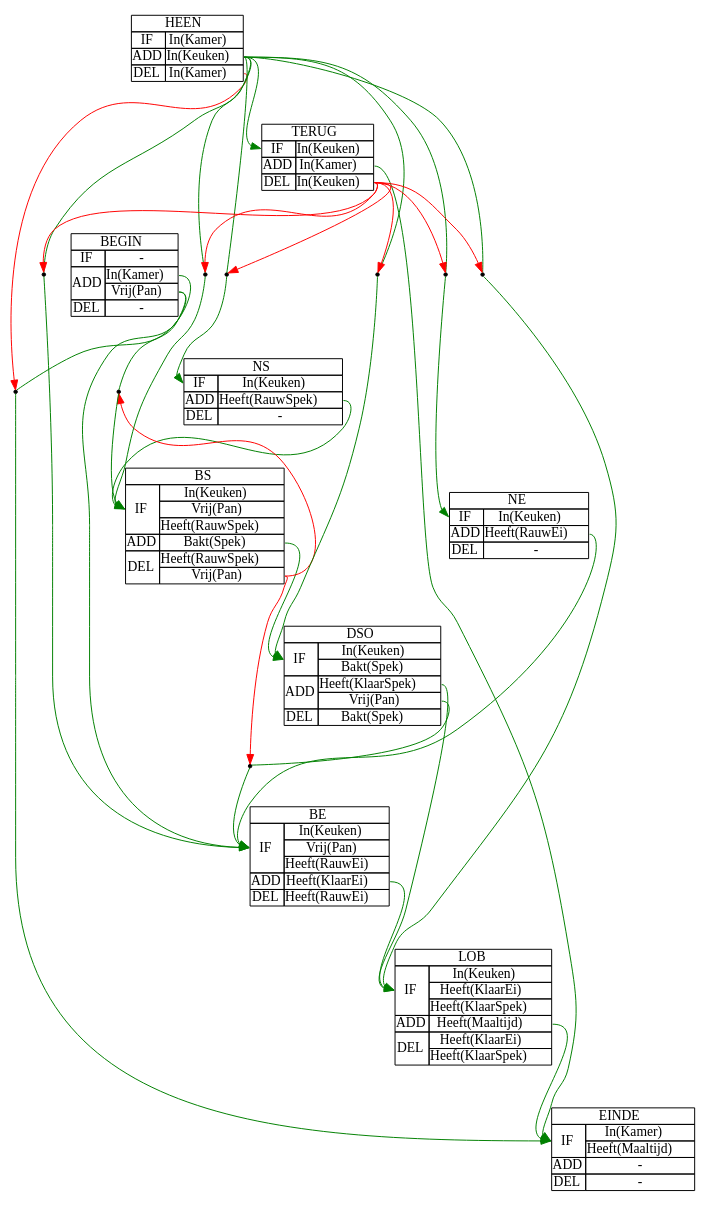
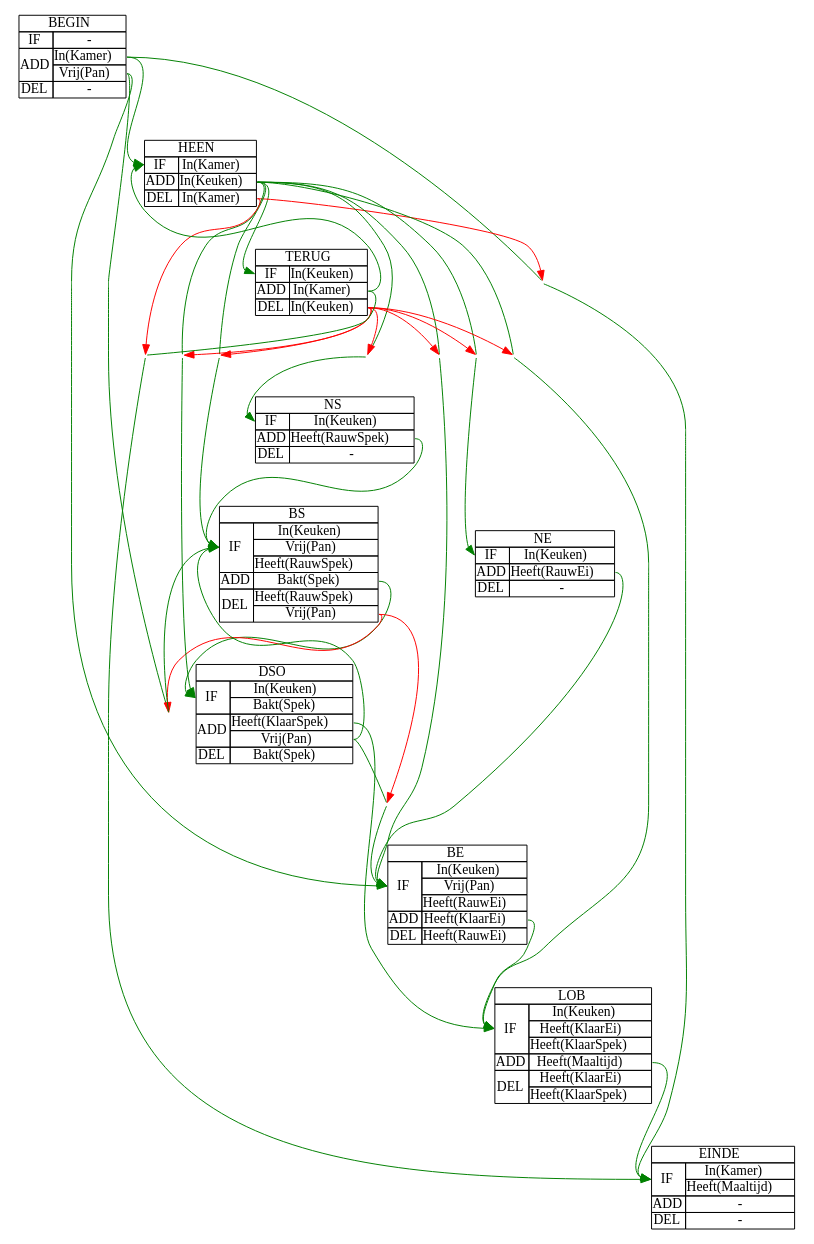
One commit to NorfairKing/ai_alternative-exam changed the diagram in resources/graphs/strips_1.dot. Above: the diagram before and after it, drawn with Graphviz. The commit also changed 4 other files, not shown here.

Commit message:
prettied up the first strips graph

```diff
--- a/resources/graphs/strips_1.dot
+++ b/resources/graphs/strips_1.dot
@@ -238,7 +238,7 @@
 </table>>]; 
 
 
-node [/*style = invis,*/ shape = point];
+node [style = invis, shape = point];
 bet_i_f;    
 bet_i_be;  
 bet_h_ns; 
@@ -247,51 +247,49 @@
 bet_h_be;
 bet_h_dso;
 bet_h_lob;
-bet_dso_bs;
+bet_t_f;
+bet_dso_be;
 
-i:add_1:e   -> bet_i_f      [arrowhead = none, color = green];
-bet_i_f     -> f:if_0:w     [color = green];
+edge [color = green];
+bet_i_f     -> f:if_0:w;     
+i:add_1:e   -> h:if_0:w;
+bet_i_be    -> bs:if_0:w;
+i:add_2:e   -> be:if_0:w;
+bet_h_ns    -> ns:if_0:w;
+bet_h_ne    -> ne:if_0:w;
+bet_h_bs    -> bs:if_0:w;
+bet_h_be    -> be:if_0:w;
+bet_h_dso   -> dso:if_0:w;
+bet_h_lob   -> lob:if_0:w;
+h:add_1:e   -> t:if_0:w;
+bet_t_f     -> f:if_0:w;
+t:add_1:e   -> h:if_0:w;
+ns:add_1:e  -> bs:if_0:w;
+ne:add_1:e  -> be:if_0:w;
+bs:add_1:e  -> dso:if_0:w;
+be:add_1:e  -> lob:if_0:w;
+dso:add_2:e -> bs:if_0:w;
+dso:add_1:e -> lob:if_0:w;
+bet_dso_be  -> be:if_0:w;
+lob:add_1:e -> f:if_0:w;
 
-i:add_2:e   -> bet_i_be     [arrowhead = none, color = green];
-bet_i_be    -> bs:if_0:w    [color = green];
+edge [arrowhead = none, color = green];
+i:add_1:e   -> bet_i_f;    
+i:add_2:e   -> bet_i_be;    
+h:add_1:e   -> bet_h_ns;    
+h:add_1:e   -> bet_h_ne;    
+h:add_1:e   -> bet_h_bs;    
+h:add_1:e   -> bet_h_be;   
+h:add_1:e   -> bet_h_dso;   
+h:add_1:e   -> bet_h_lob;   
+t:add_1:e   -> bet_t_f;  
+dso:add_2:e -> bet_dso_be;
 
-i:add_2:e   -> be:if_0:w    [color = green];
-
-h:add_1:e   -> bet_h_ns     [arrowhead = none, color = green];
-bet_h_ns    -> ns:if_0:w    [color = green];
-h:add_1:e   -> bet_h_ne     [arrowhead = none, color = green];
-bet_h_ne    -> ne:if_0:w    [color = green];
-h:add_1:e   -> bet_h_bs     [arrowhead = none, color = green];
-bet_h_bs    -> bs:if_0:w    [color = green];
-h:add_1:e   -> bet_h_be     [arrowhead = none, color = green];
-bet_h_be    -> be:if_0:w    [color = green];
-h:add_1:e   -> bet_h_dso    [arrowhead = none, color = green];
-bet_h_dso   -> dso:if_0:w   [color = green];
-h:add_1:e   -> bet_h_lob    [arrowhead = none, color = green];
-bet_h_lob   -> lob:if_0:w   [color = green];
-
-h:add_1:e   -> t:if_0:w     [color = green]
-t:add_1:e   -> f:if_0:w     [color = green]
-
-ns:add_1:e  -> bs:if_0:w    [color = green];
-
-ne:add_1:e  -> be:if_0:w    [color = green];
-
-bs:add_1:e  -> dso:if_0:w   [color = green];
-
-be:add_1:e  -> lob:if_0:w   [color = green];
-
-dso:add_1:e -> lob:if_0:w   [color = green];
-dso:add_2:e -> bet_dso_bs   [arrowhead = none, color = green];
-bet_dso_bs  -> be:if_0:w    [color = green];
-
-lob:add_1:e -> f:if_0:w     [color = green];
-
-
-edge [color = red];
+edge [arrowhead = normal, color = red];
 h:del_1:e   -> bet_i_f;
+h:del_1:e   -> bet_t_f;
 bs:del_2:e  -> bet_i_be;
-bs:del_2:e  -> bet_dso_bs;
+bs:del_2:e  -> bet_dso_be;
 t:del_1:e   -> bet_h_ns; 
 t:del_1:e   -> bet_h_ne; 
 t:del_1:e   -> bet_h_bs; 
@@ -299,17 +297,5 @@
 t:del_1:e   -> bet_h_dso; 
 t:del_1:e   -> bet_h_lob; 
 
-/*{rank=source; "i"}
-{rank=same; "h"}
-{rank=same; "ns" "ne"}
-{rank=same; "bs" "be"}
-{rank=same; "dso"}
-{rank=same; "lob"}
-{rank=same; "t"}
-{rank=sink; "f"}*/
-
-
-
-
 
 }
```
